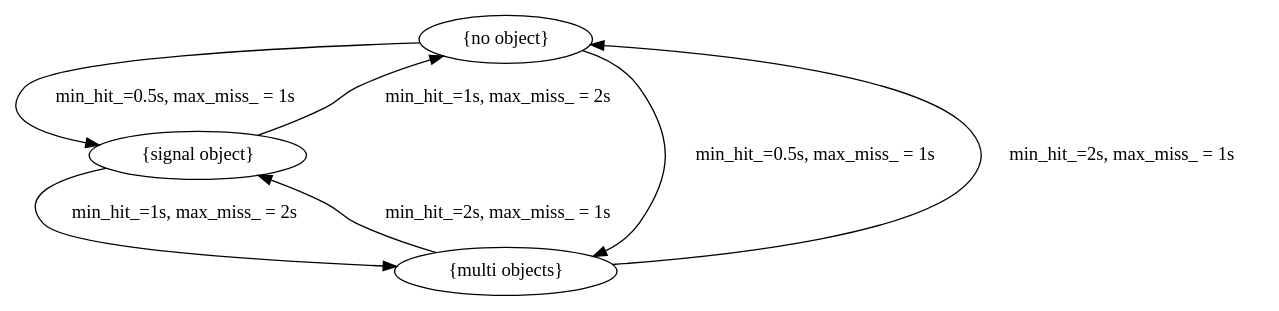
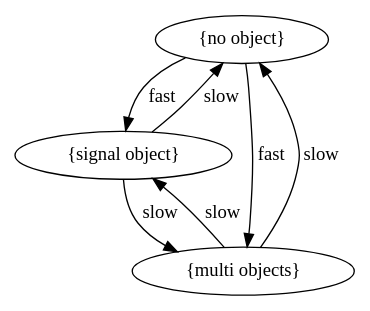
One commit to dzyswy/ptz-utils changed the diagram in docs/track_para.dot. Above: the diagram before and after it, drawn with Graphviz. The commit also changed 21 other files, not shown here.

```diff
--- a/docs/track_para.dot
+++ b/docs/track_para.dot
@@ -1,12 +1,12 @@
 digraph track_para {
 	no_object [label = "{no object}"]
 	signal_object [label = "{signal object}"]
 	multi_object [label = "{multi objects}"]
 	
-	no_object -> signal_object [label = "min_hit_=0.5s, max_miss_ = 1s"]
-	no_object -> multi_object [label = "min_hit_=0.5s, max_miss_ = 1s"]
-	signal_object -> no_object [label = "min_hit_=1s, max_miss_ = 2s"]
-	signal_object -> multi_object [label = "min_hit_=1s, max_miss_ = 2s"]
-	multi_object -> no_object [label = "min_hit_=2s, max_miss_ = 1s"]
-	multi_object -> signal_object [label = "min_hit_=2s, max_miss_ = 1s"]
+	no_object -> signal_object [label = "fast"]
+	no_object -> multi_object [label = "fast"]
+	signal_object -> no_object [label = "slow"]
+	signal_object -> multi_object [label = "slow"]
+	multi_object -> no_object [label = "slow"]
+	multi_object -> signal_object [label = "slow"]
 }
```
